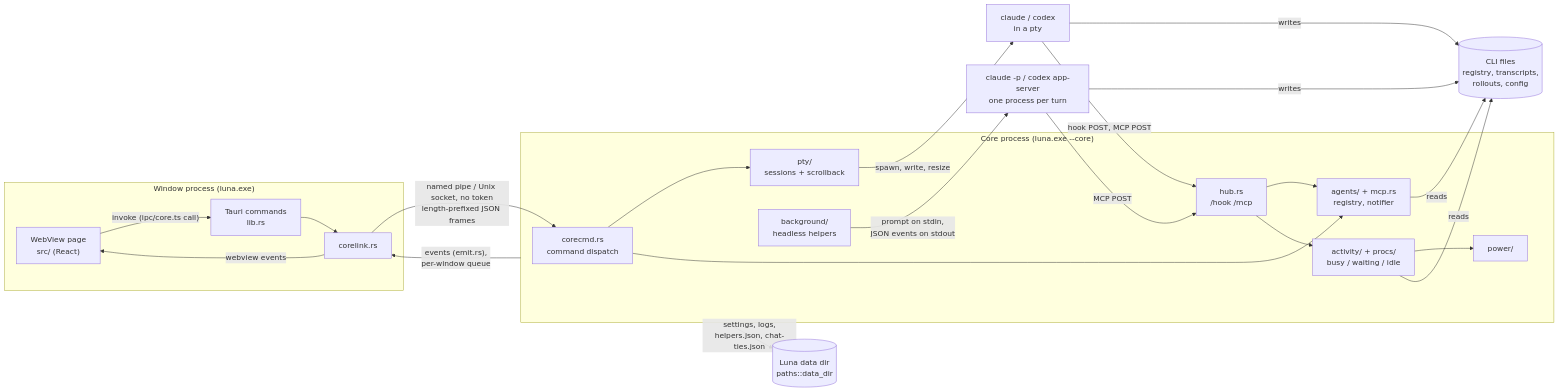
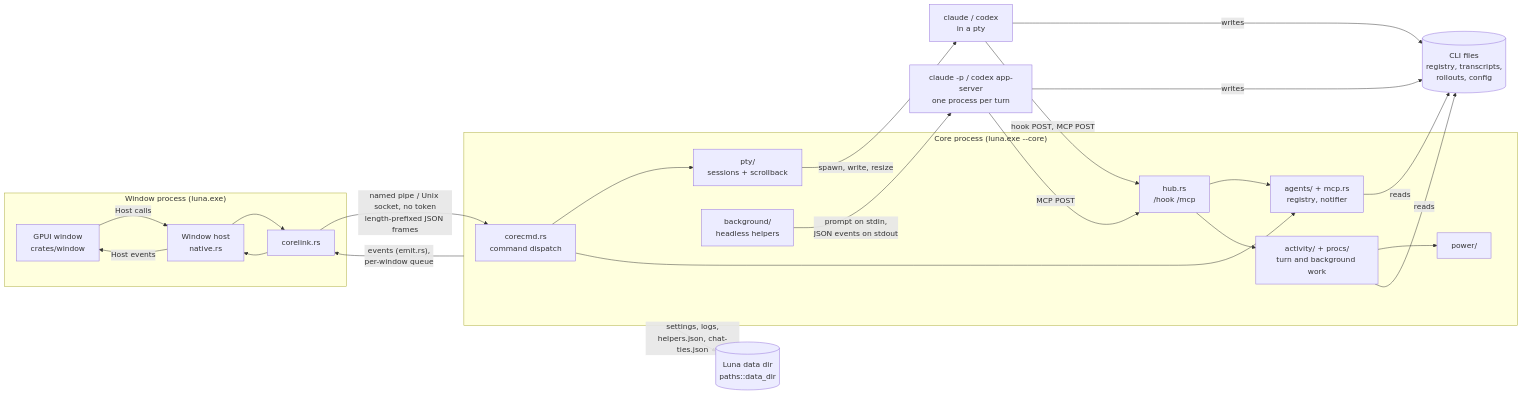
One commit to nrubinmosin/luna changed the first of 3 diagrams in docs/architecture/overview.md. Above: the diagram before and after it, drawn with Mermaid. The commit also changed other lines of this file and 33 other files, not shown here.

First line of the commit message:
Document Luna's native window and Rust build

````diff
--- a/docs/architecture/overview.md
+++ b/docs/architecture/overview.md
@@ -48,41 +48,42 @@
 ```mermaid
 flowchart LR
   subgraph W["Window process (luna.exe)"]
-    P["WebView page<br/>src/ (React)"]
-    T["Tauri commands<br/>lib.rs"]
+    P["GPUI window<br/>crates/window"]
+    T["Window host<br/>native.rs"]
     L["corelink.rs"]
   end
   subgraph C["Core process (luna.exe --core)"]
     CC["corecmd.rs<br/>command dispatch"]
     PTY["pty/<br/>sessions + scrollback"]
     BG["background/<br/>headless helpers"]
     HUB["hub.rs<br/>/hook /mcp"]
     AG["agents/ + mcp.rs<br/>registry, notifier"]
-    ACT["activity/ + procs/<br/>busy / waiting / idle"]
+    ACT["activity/ + procs/<br/>turn and background work"]
     PW["power/"]
   end
   CLI["claude / codex<br/>in a pty"]
   HL["claude -p / codex app-server<br/>one process per turn"]
   FS[("CLI files<br/>registry, transcripts,<br/>rollouts, config")]
   DATA[("Luna data dir<br/>paths::data_dir")]
 
-  P -- "invoke (ipc/core.ts call)" --> T
+  P -- "Host calls" --> T
   T --> L
   L -- "named pipe / Unix socket, no token<br/>length-prefixed JSON frames" --> CC
   CC --> PTY
   CC --> AG
   PTY -- "spawn, write, resize" --> CLI
   BG -- "prompt on stdin,<br/>JSON events on stdout" --> HL
   CLI -- "hook POST, MCP POST" --> HUB
   HL -- "MCP POST" --> HUB
   HUB --> AG
   HUB --> ACT
   ACT --> PW
   ACT -- reads --> FS
   AG -- reads --> FS
   CLI -- writes --> FS
   HL -- writes --> FS
   C -- "events (emit.rs),<br/>per-window queue" --> L
-  L -- "webview events" --> P
+  L --> T
+  T -- "Host events" --> P
   C -- "settings, logs,<br/>helpers.json, chat-ties.json" --> DATA
 ```
````
